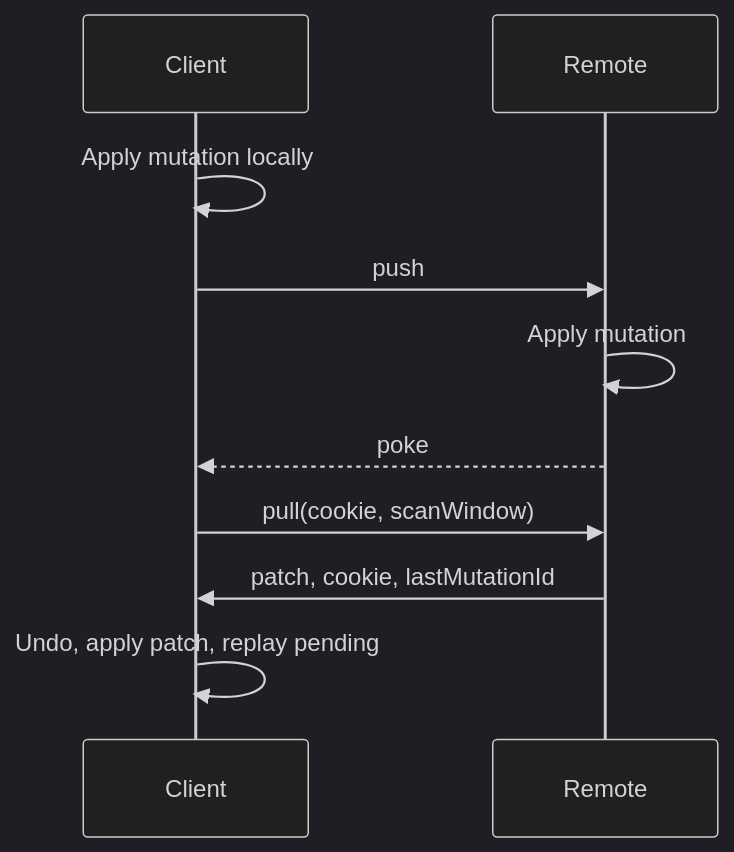
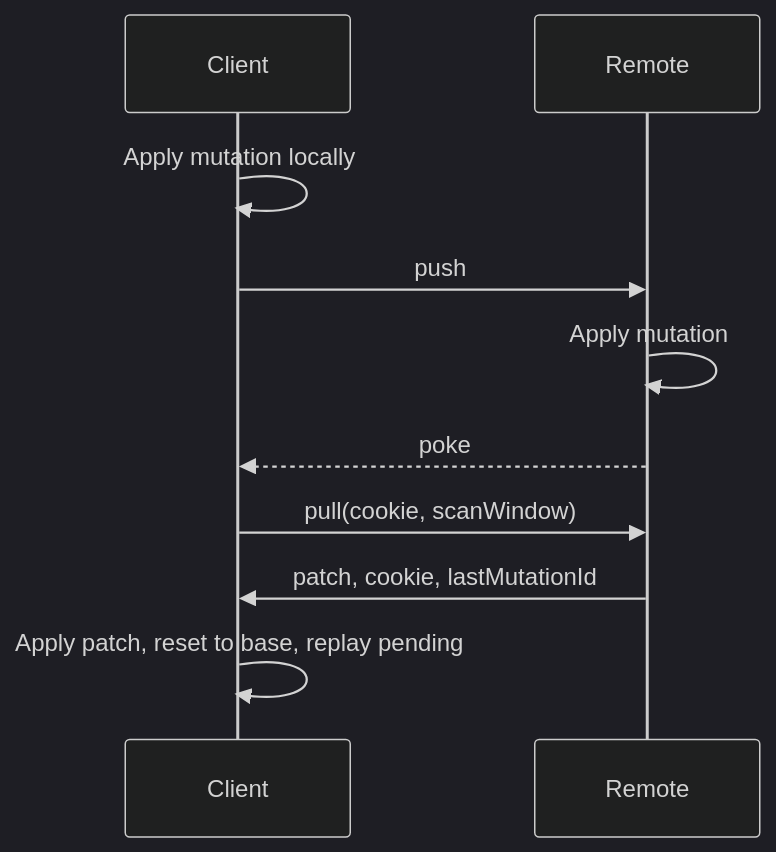
The diagram in docs/sync.md (tanishqkancharla/tandem), drawn with Mermaid (dark theme) before and after one commit. The commit also changed other lines of this file and 2 other files, not shown here.

Commit message:
Describe per-client mutation ids and rebuilding from the base in the sync docs

````diff
--- a/docs/sync.md
+++ b/docs/sync.md
@@ -80,12 +82,12 @@
 ```mermaid
 sequenceDiagram
 	participant C as Client
 	participant R as Remote
 	C->>C: Apply mutation locally
 	C->>R: push
 	R->>R: Apply mutation
 	R-->>C: poke
 	C->>R: pull(cookie, scanWindow)
 	R->>C: patch, cookie, lastMutationId
-	C->>C: Undo, apply patch, replay pending
+	C->>C: Apply patch, reset to base, replay pending
 ```
````
